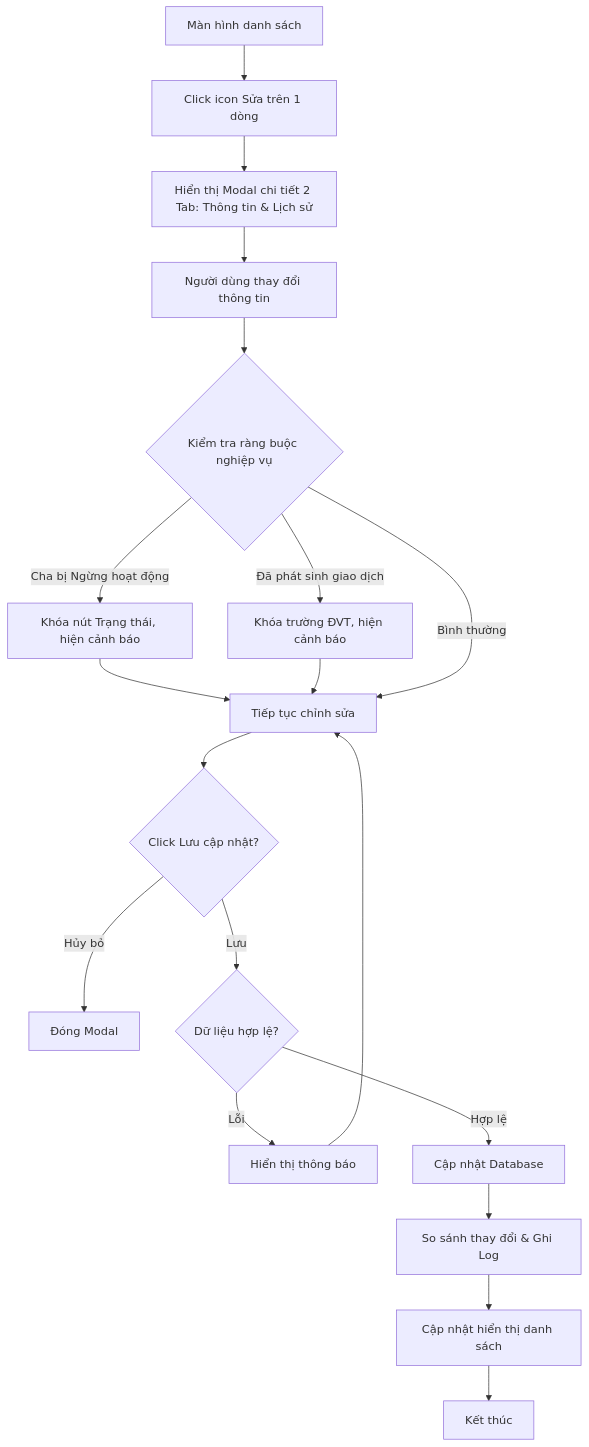
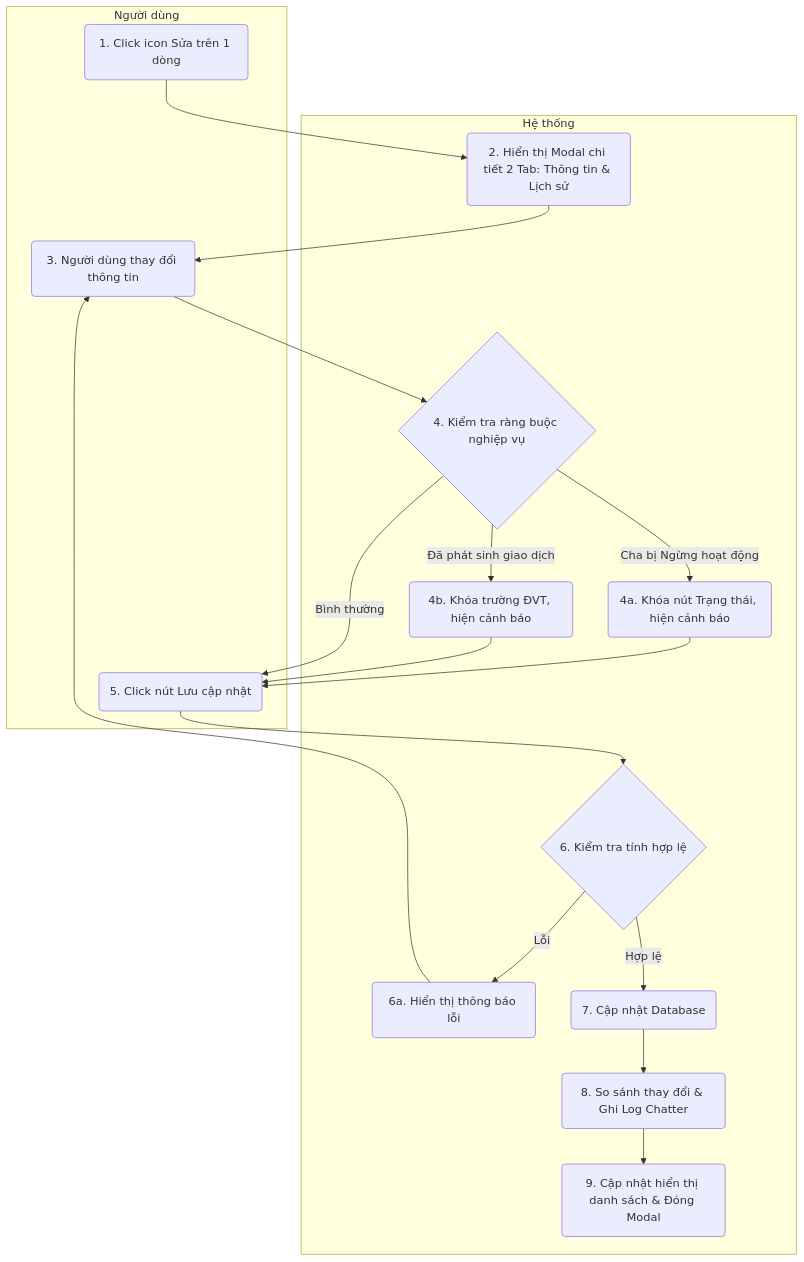
Before and after one commit to lyndao197/liteerp: the diagram in Prd_Xem_Chi_Tiet_San_Pham.md, drawn with Mermaid. The commit also changed other lines of this file and 4 other files, not shown here.

Commit message:
docs: Cập nhật format PRD sang chuẩn BMAD và fix UI Input

````diff
--- a/Prd_Xem_Chi_Tiet_San_Pham.md
+++ b/Prd_Xem_Chi_Tiet_San_Pham.md
@@ -13,20 +13,34 @@
 ```mermaid
 flowchart TD
-    A[Màn hình danh sách] --> B[Click icon Sửa trên 1 dòng]
-    B --> C[Hiển thị Modal chi tiết 2 Tab: Thông tin & Lịch sử]
-    C --> D[Người dùng thay đổi thông tin]
-    D --> E{Kiểm tra ràng buộc nghiệp vụ}
-    E -->|Cha bị Ngừng hoạt động| F[Khóa nút Trạng thái, hiện cảnh báo]
-    E -->|Đã phát sinh giao dịch| G[Khóa trường ĐVT, hiện cảnh báo]
-    F & G --> H[Tiếp tục chỉnh sửa]
-    E -->|Bình thường| H
-    H --> I{Click Lưu cập nhật?}
-    I -->|Hủy bỏ| J[Đóng Modal]
-    I -->|Lưu| K{Dữ liệu hợp lệ?}
-    K -->|Lỗi| L[Hiển thị thông báo]
-    L --> H
-    K -->|Hợp lệ| M[Cập nhật Database]
-    M --> N[So sánh thay đổi & Ghi Log]
-    N --> O[Cập nhật hiển thị danh sách]
-    O --> P[Kết thúc]
+    subgraph User [Người dùng]
+        A(1. Click icon Sửa trên 1 dòng)
+        C(3. Người dùng thay đổi thông tin)
+        I(5. Click nút Lưu cập nhật)
+    end
+
+    subgraph System [Hệ thống]
+        B(2. Hiển thị Modal chi tiết 2 Tab: Thông tin & Lịch sử)
+        D{4. Kiểm tra ràng buộc nghiệp vụ}
+        E(4a. Khóa nút Trạng thái, hiện cảnh báo)
+        F(4b. Khóa trường ĐVT, hiện cảnh báo)
+        J{6. Kiểm tra tính hợp lệ}
+        K(6a. Hiển thị thông báo lỗi)
+        L(7. Cập nhật Database)
+        M(8. So sánh thay đổi & Ghi Log Chatter)
+        N(9. Cập nhật hiển thị danh sách & Đóng Modal)
+    end
+
+    A --> B
+    B --> C
+    C --> D
+    D -->|Cha bị Ngừng hoạt động| E
+    D -->|Đã phát sinh giao dịch| F
+    E & F --> I
+    D -->|Bình thường| I
+    I --> J
+    J -->|Lỗi| K
+    K --> C
+    J -->|Hợp lệ| L
+    L --> M
+    M --> N
 ```
````
